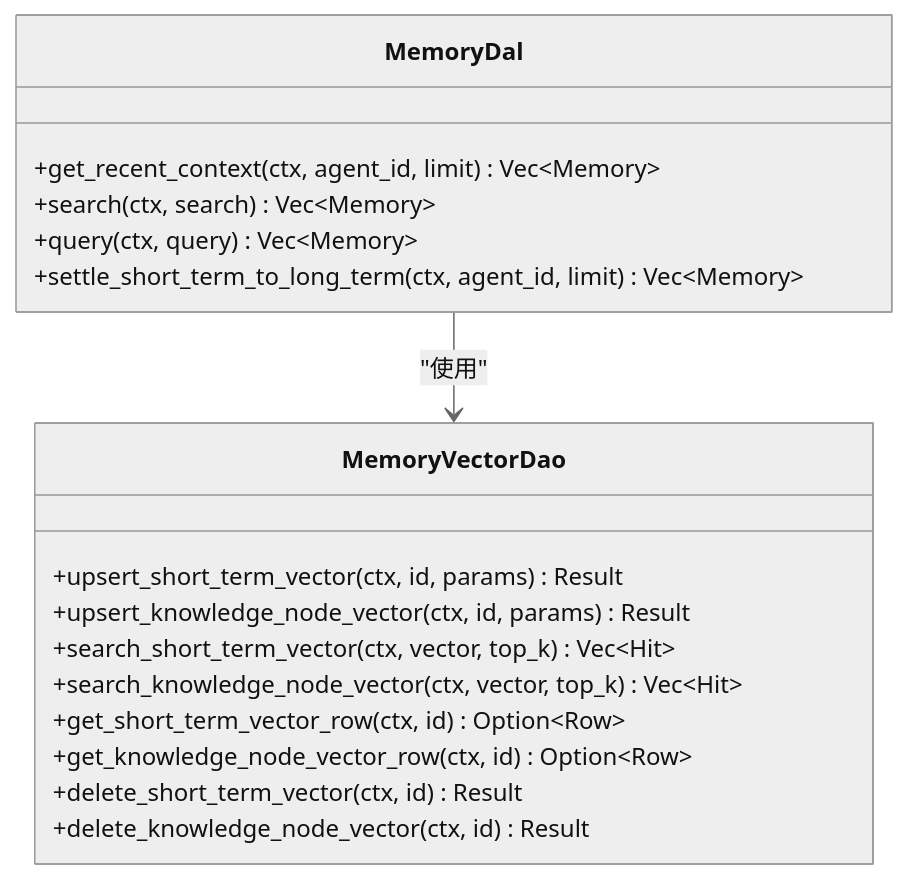
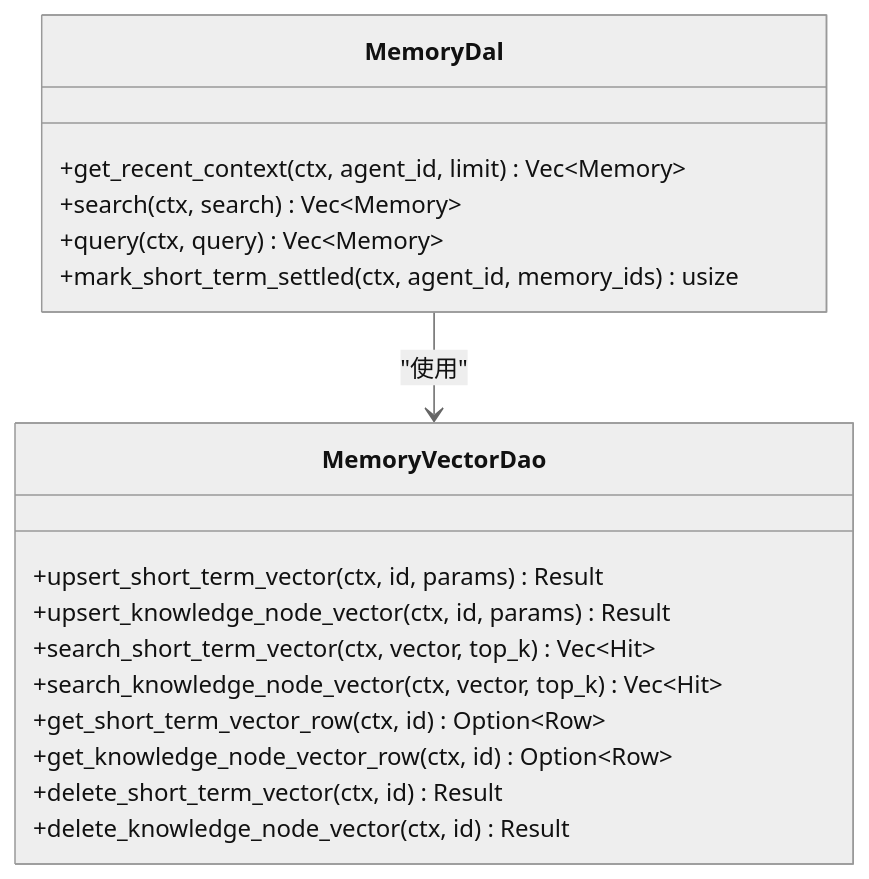
Before and after one commit to runningcoders/ai_orz: the fourth of 9 diagrams in docs/wiki/zh/content/核心模块/服务层/领域层/运行时领域.md, drawn with Mermaid (neutral theme). The commit also changed other lines of this file and 82 other files, not shown here.

````diff
--- a/docs/wiki/zh/content/核心模块/服务层/领域层/运行时领域.md
+++ b/docs/wiki/zh/content/核心模块/服务层/领域层/运行时领域.md
@@ -294,20 +294,20 @@
 ```mermaid
 classDiagram
 class MemoryDal {
 +get_recent_context(ctx, agent_id, limit) Vec~Memory~
 +search(ctx, search) Vec~Memory~
 +query(ctx, query) Vec~Memory~
-+settle_short_term_to_long_term(ctx, agent_id, limit) Vec~Memory~
++mark_short_term_settled(ctx, agent_id, memory_ids) usize
 }
 class MemoryVectorDao {
 +upsert_short_term_vector(ctx, id, params) Result
 +upsert_knowledge_node_vector(ctx, id, params) Result
 +search_short_term_vector(ctx, vector, top_k) Vec~Hit~
 +search_knowledge_node_vector(ctx, vector, top_k) Vec~Hit~
 +get_short_term_vector_row(ctx, id) Option~Row~
 +get_knowledge_node_vector_row(ctx, id) Option~Row~
 +delete_short_term_vector(ctx, id) Result
 +delete_knowledge_node_vector(ctx, id) Result
 }
 MemoryDal --> MemoryVectorDao : "使用"
 ```
````
